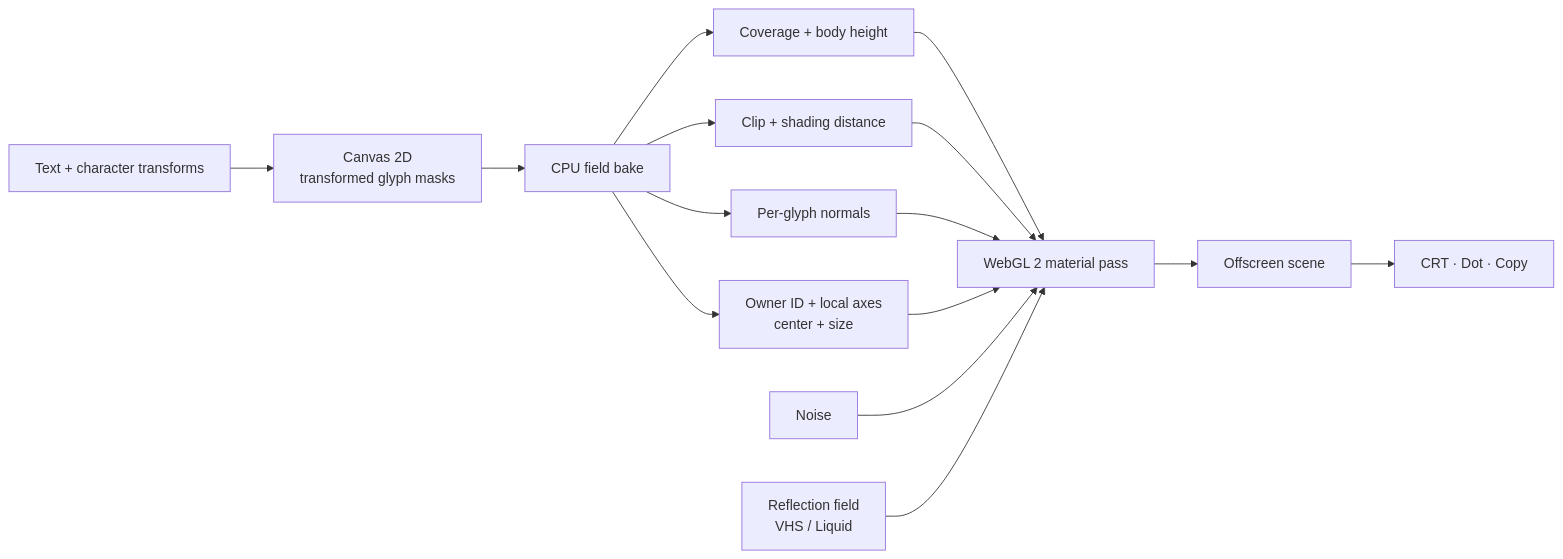
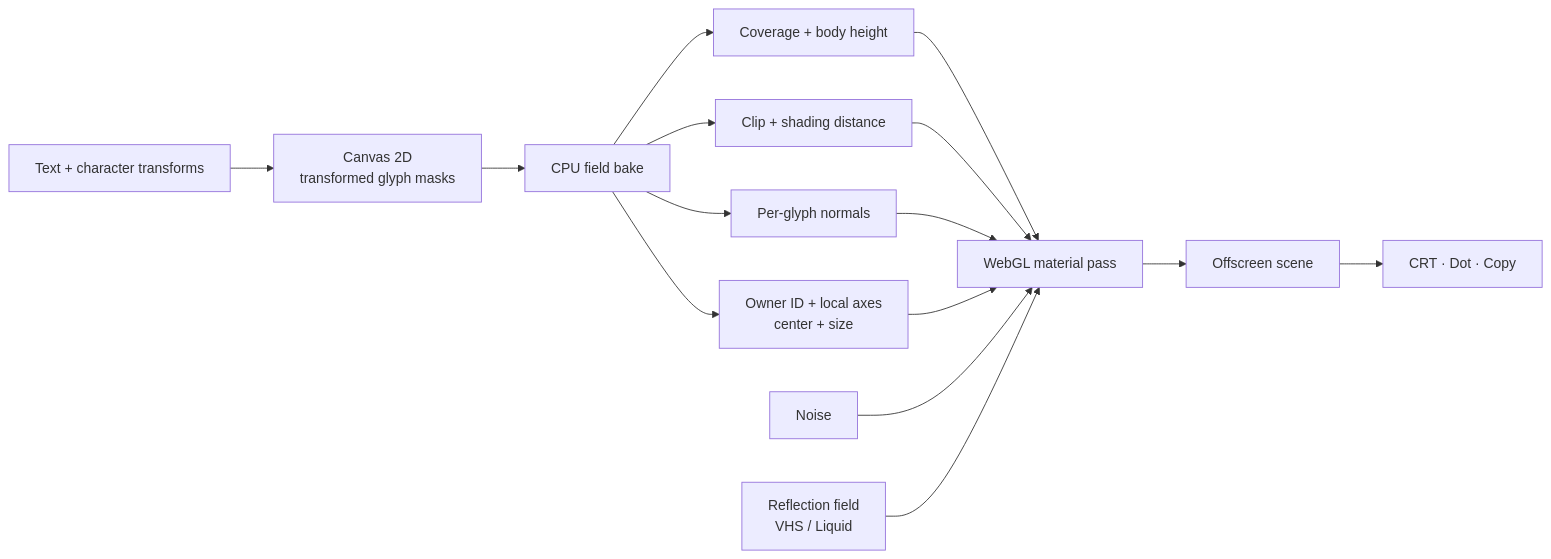
The diagram in README.md (sylvanyu-io/y2k-type-lab), drawn with Mermaid before and after one commit. The commit also changed other lines of this file and 3 other files, not shown here.

````diff
--- a/README.md
+++ b/README.md
@@ -112,17 +113,17 @@
 ```mermaid
 flowchart LR
   Text["Text + character transforms"] --> Masks["Canvas 2D<br/>transformed glyph masks"]
   Masks --> Bake["CPU field bake"]
   Bake --> Shape["Coverage + body height"]
   Bake --> Distance["Clip + shading distance"]
   Bake --> Normal["Per-glyph normals"]
   Bake --> Owner["Owner ID + local axes<br/>center + size"]
-  Shape --> Material["WebGL 2 material pass"]
+  Shape --> Material["WebGL material pass"]
   Distance --> Material
   Normal --> Material
   Owner --> Material
   Noise["Noise"] --> Material
   Field["Reflection field<br/>VHS / Liquid"] --> Material
   Material --> Scene["Offscreen scene"]
   Scene --> Present["CRT · Dot · Copy"]
 ```
````
